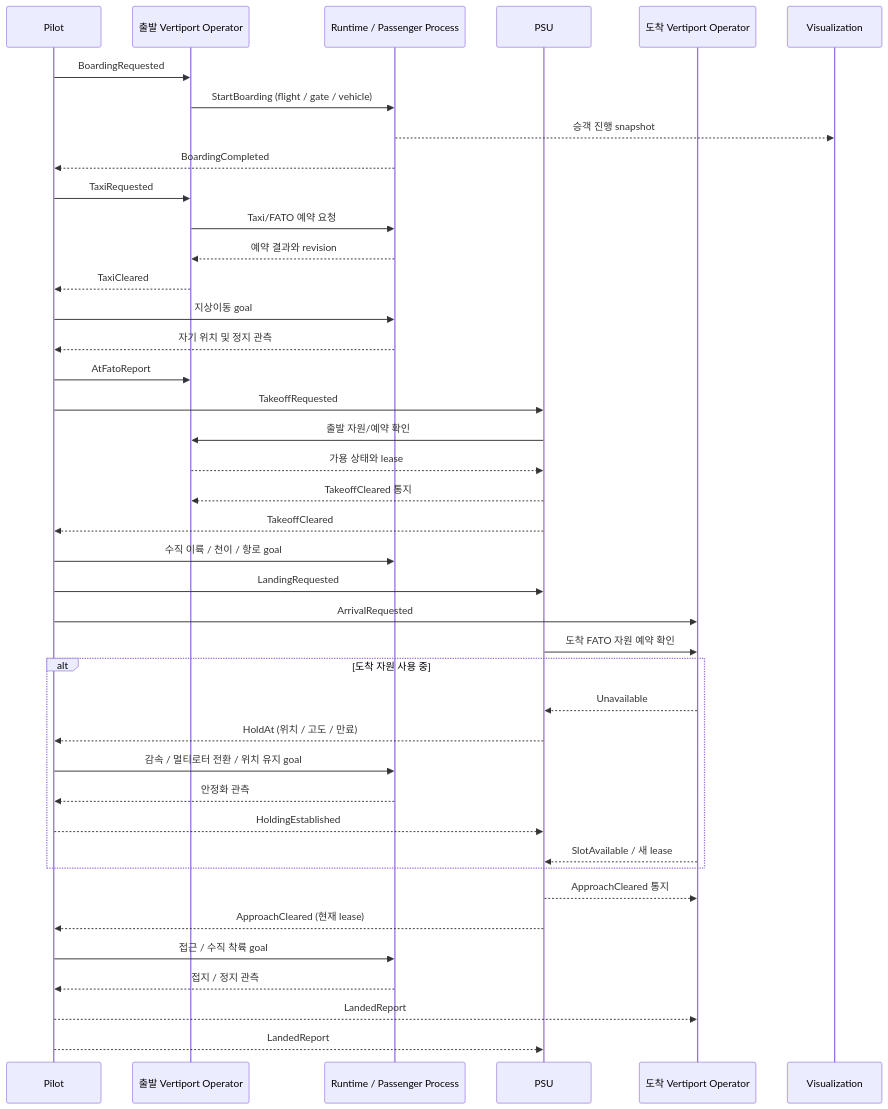
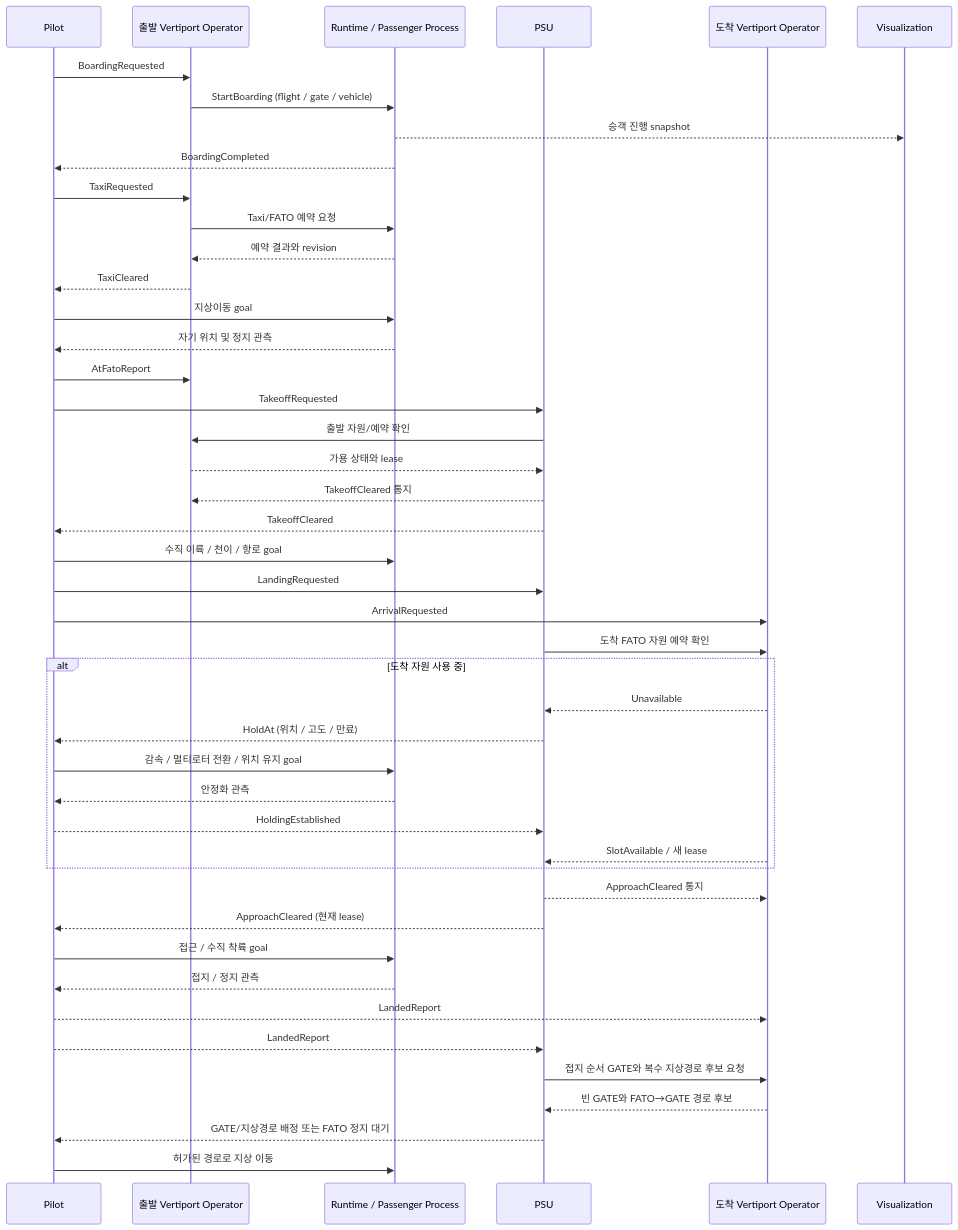
One commit to HyeonJun9138/AerODT changed the second of 2 diagrams in project_support/docs/architecture/FLIGHT_OPERATIONS.md. Above: the diagram before and after it, drawn with Mermaid. The commit also changed other lines of this file and 175 other files, not shown here.

````diff
--- a/project_support/docs/architecture/FLIGHT_OPERATIONS.md
+++ b/project_support/docs/architecture/FLIGHT_OPERATIONS.md
@@ -160,43 +208,47 @@
 ```mermaid
 sequenceDiagram
   participant P as Pilot
   participant V as 출발 Vertiport Operator
   participant W as Runtime / Passenger Process
   participant S as PSU
   participant A as 도착 Vertiport Operator
   participant X as Visualization
   P->>V: BoardingRequested
   V->>W: StartBoarding (flight / gate / vehicle)
   W-->>X: 승객 진행 snapshot
   W-->>P: BoardingCompleted
   P->>V: TaxiRequested
   V->>W: Taxi/FATO 예약 요청
   W-->>V: 예약 결과와 revision
   V-->>P: TaxiCleared
   P->>W: 지상이동 goal
   W-->>P: 자기 위치 및 정지 관측
   P->>V: AtFatoReport
   P->>S: TakeoffRequested
   S->>V: 출발 자원/예약 확인
   V-->>S: 가용 상태와 lease
   S-->>V: TakeoffCleared 통지
   S-->>P: TakeoffCleared
   P->>W: 수직 이륙 / 천이 / 항로 goal
   P->>S: LandingRequested
   P->>A: ArrivalRequested
   S->>A: 도착 FATO 자원 예약 확인
   alt 도착 자원 사용 중
     A-->>S: Unavailable
     S-->>P: HoldAt (위치 / 고도 / 만료)
     P->>W: 감속 / 멀티로터 전환 / 위치 유지 goal
     W-->>P: 안정화 관측
     P-->>S: HoldingEstablished
     A-->>S: SlotAvailable / 새 lease
   end
   S-->>A: ApproachCleared 통지
   S-->>P: ApproachCleared (현재 lease)
   P->>W: 접근 / 수직 착륙 goal
   W-->>P: 접지 / 정지 관측
   P-->>A: LandedReport
   P-->>S: LandedReport
+  S->>A: 접지 순서 GATE와 복수 지상경로 후보 요청
+  A-->>S: 빈 GATE와 FATO→GATE 경로 후보
+  S-->>P: GATE/지상경로 배정 또는 FATO 정지 대기
+  P->>W: 허가된 경로로 지상 이동
 ```
````
